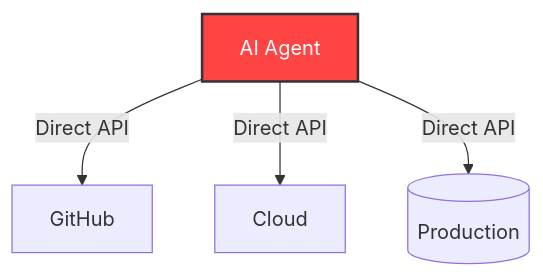
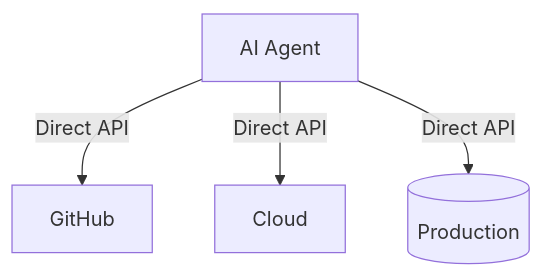
Before and after one commit to relicta-tech/relicta-site: the first of 5 diagrams in src/content/blog/why-ai-agents-need-permission.mdx, drawn with Mermaid. The commit also changed other lines of this file, not shown here.

Commit message:
style(docs): remove inline mermaid styles to use global theme

````diff
--- a/src/content/blog/why-ai-agents-need-permission.mdx
+++ b/src/content/blog/why-ai-agents-need-permission.mdx
@@ -185,8 +185,6 @@
     ```mermaid
     flowchart TD
       AgentA[AI Agent] -->|Direct API| GitHub[GitHub]
       AgentA -->|Direct API| Cloud[Cloud]
       AgentA -->|Direct API| Prod[(Production)]
-      
-      style AgentA fill:#ff4444,stroke:#333,stroke-width:2px,color:#fff
     ```
````
